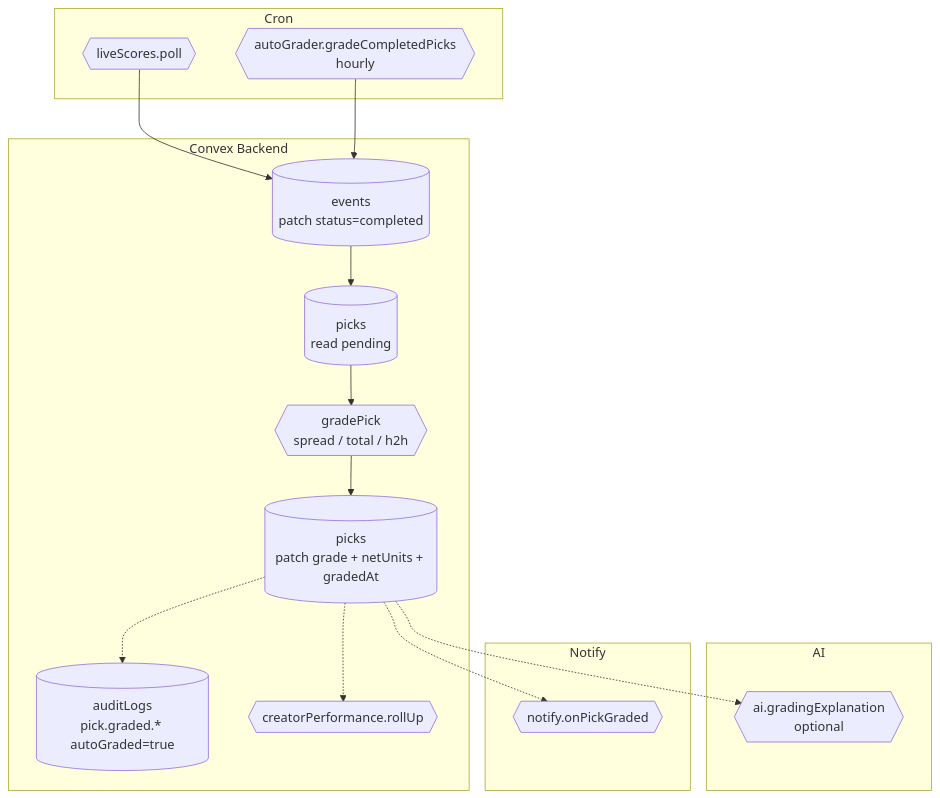
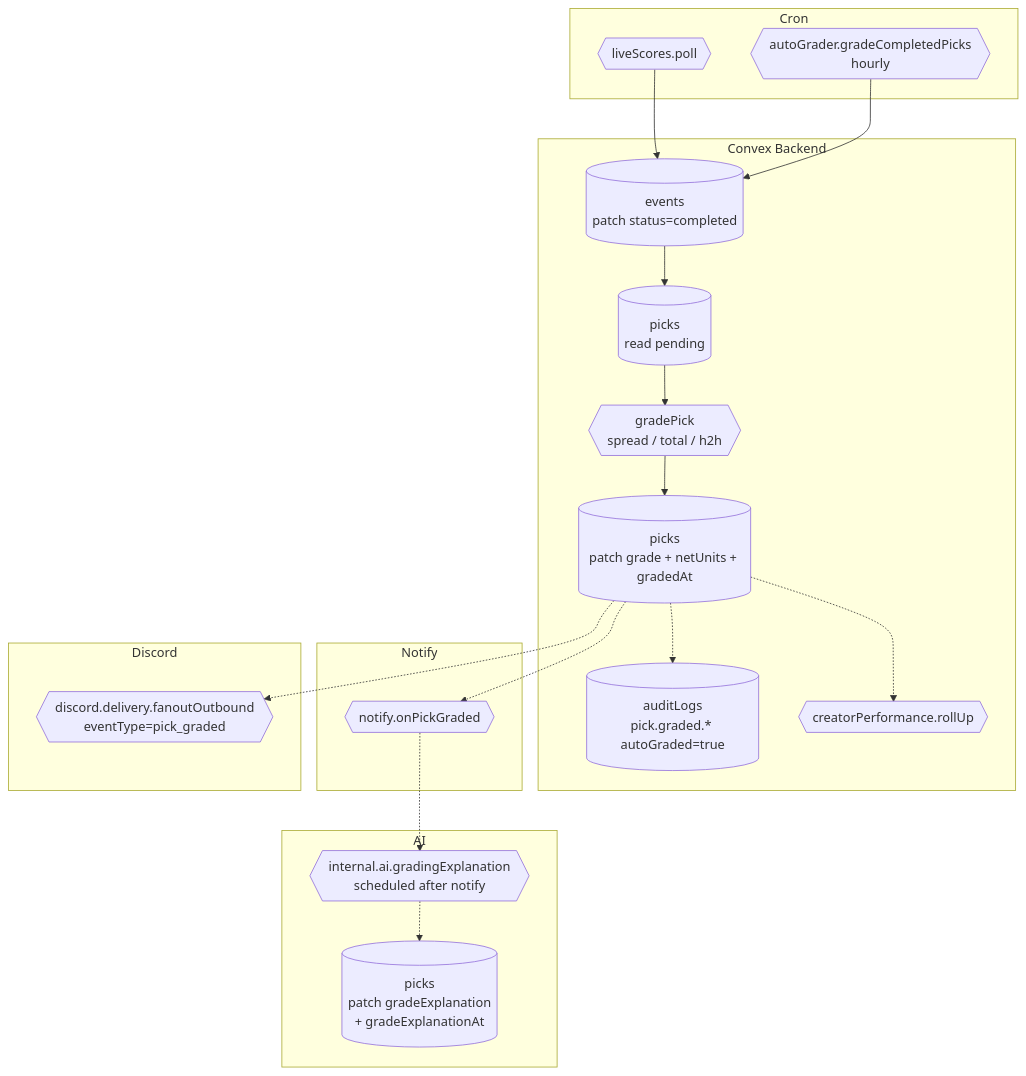
The diagram in docs/bpmn/BPMN-013-pick-grading.md (xalatechnologies/DigiPicks-v2), drawn with Mermaid before and after one commit. The commit also changed other lines of this file and 33 other files, not shown here.

````diff
--- a/docs/bpmn/BPMN-013-pick-grading.md
+++ b/docs/bpmn/BPMN-013-pick-grading.md
@@ -34,28 +41,33 @@
 ```mermaid
 flowchart TD
   subgraph C[Cron]
     c1{{liveScores.poll}}
     c2{{autoGrader.gradeCompletedPicks<br/>hourly}}
   end
   subgraph K[Convex Backend]
     k1[(events<br/>patch status=completed)]
     k2[(picks<br/>read pending)]
     k3{{gradePick<br/>spread / total / h2h}}
     k4[(picks<br/>patch grade + netUnits + gradedAt)]
     k5[(auditLogs<br/>pick.graded.* autoGraded=true)]
     k6{{creatorPerformance.rollUp}}
   end
   subgraph A[AI]
-    a1{{ai.gradingExplanation<br/>optional}}
+    a1{{internal.ai.gradingExplanation<br/>scheduled after notify}}
+    a2[(picks<br/>patch gradeExplanation<br/>+ gradeExplanationAt)]
   end
   subgraph N[Notify]
     n1{{notify.onPickGraded}}
+  end
+  subgraph D[Discord]
+    d1{{discord.delivery.fanoutOutbound<br/>eventType=pick_graded}}
   end
 
   c1 --> k1
   c2 --> k1
   k1 --> k2 --> k3 --> k4 -.-> k5
   k4 -.-> k6
   k4 -.-> n1
-  k4 -.-> a1
+  k4 -.-> d1
+  n1 -.-> a1 -.-> a2
 ```
````
